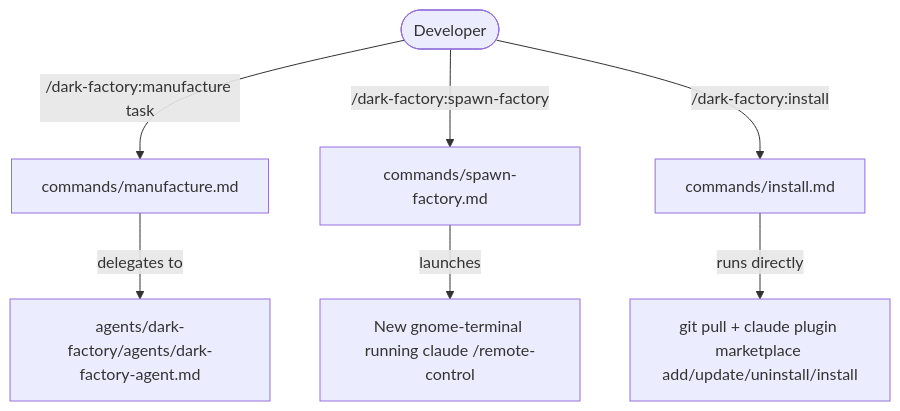
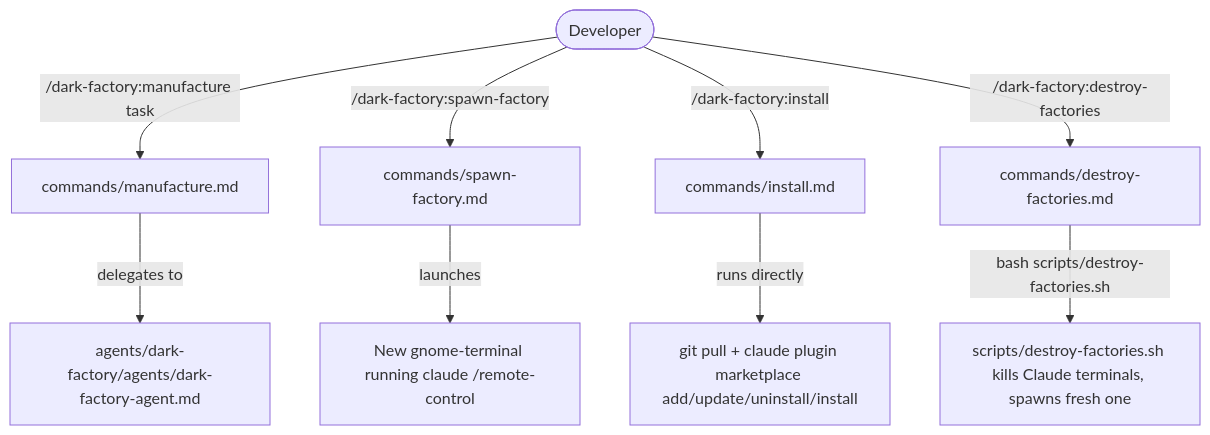
The diagram in docs/docs/commands.md (lewibs/dark-factory), drawn with Mermaid before and after one commit. The commit also changed other lines of this file and 7 other files, not shown here.

Commit message:
feat(destroy-factories): add slash command to kill all Claude terminals and spawn fresh factory

````diff
--- a/docs/docs/commands.md
+++ b/docs/docs/commands.md
@@ -18,10 +18,12 @@
 ```mermaid
 flowchart TD
   Dev([Developer]) -->|/dark-factory:manufacture task| CMD_M[commands/manufacture.md]
   Dev -->|/dark-factory:spawn-factory| CMD_S[commands/spawn-factory.md]
   Dev -->|/dark-factory:install| CMD_I[commands/install.md]
+  Dev -->|/dark-factory:destroy-factories| CMD_D[commands/destroy-factories.md]
 
   CMD_M -->|delegates to| DFA[agents/dark-factory/agents/dark-factory-agent.md]
   CMD_S -->|launches| TERM[New gnome-terminal running claude /remote-control]
   CMD_I -->|runs directly| GIT[git pull + claude plugin marketplace add/update/uninstall/install]
+  CMD_D -->|bash scripts/destroy-factories.sh| DS[scripts/destroy-factories.sh kills Claude terminals, spawns fresh one]
 ```
````
